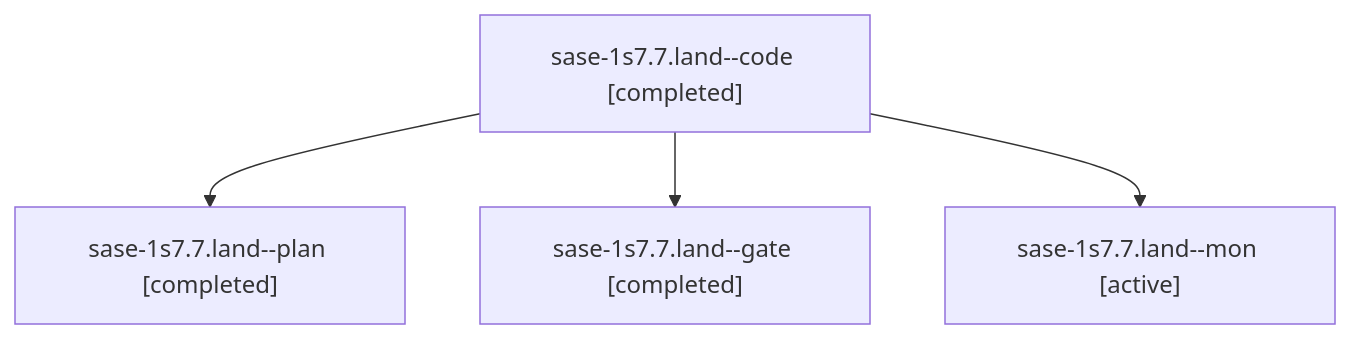
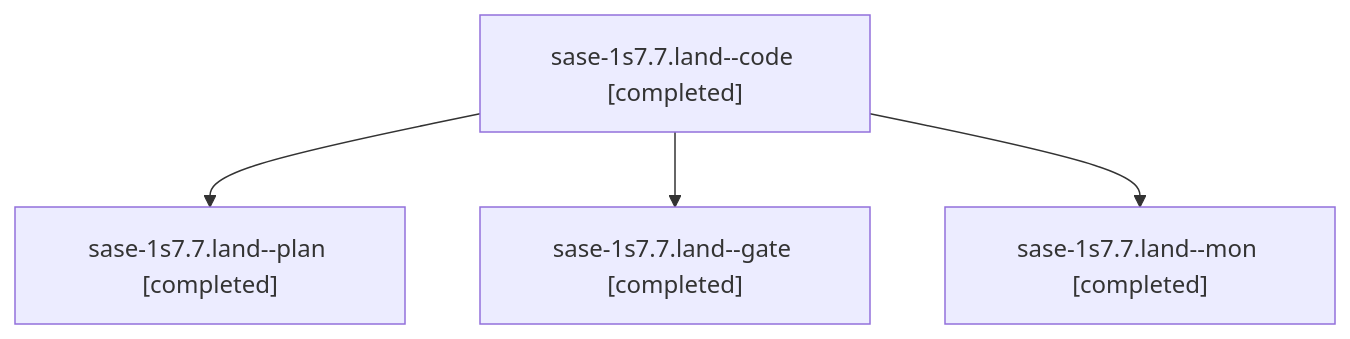
One commit to sase-org/sase--agents changed the diagram in sessions/bbugyi200.athena.sase-1s7.7.land.md. Above: the diagram before and after it, drawn with Mermaid. The commit also changed other lines of this file and 104 other files, not shown here.

````diff
--- a/sessions/bbugyi200.athena.sase-1s7.7.land.md
+++ b/sessions/bbugyi200.athena.sase-1s7.7.land.md
@@ -9,10 +9,10 @@
 ```mermaid
 flowchart TD
   n0["sase-1s7.7.land--code [completed]"]
   n1["sase-1s7.7.land--plan [completed]"]
   n0 --> n1
   n2["sase-1s7.7.land--gate [completed]"]
   n0 --> n2
-  n3["sase-1s7.7.land--mon [active]"]
+  n3["sase-1s7.7.land--mon [completed]"]
   n0 --> n3
 ```
````
